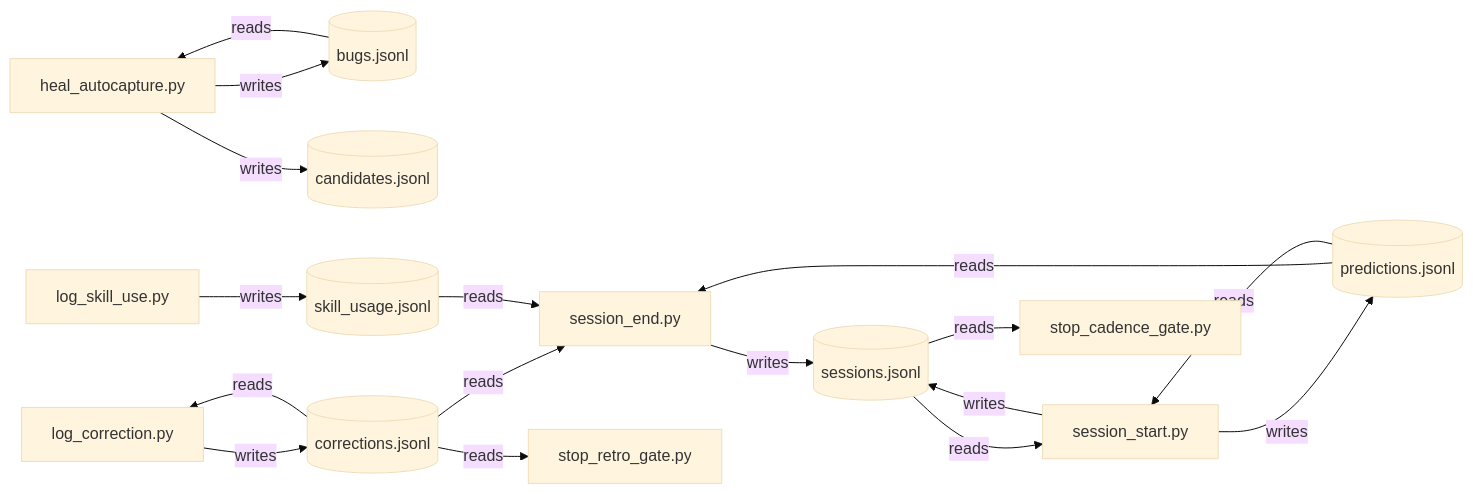
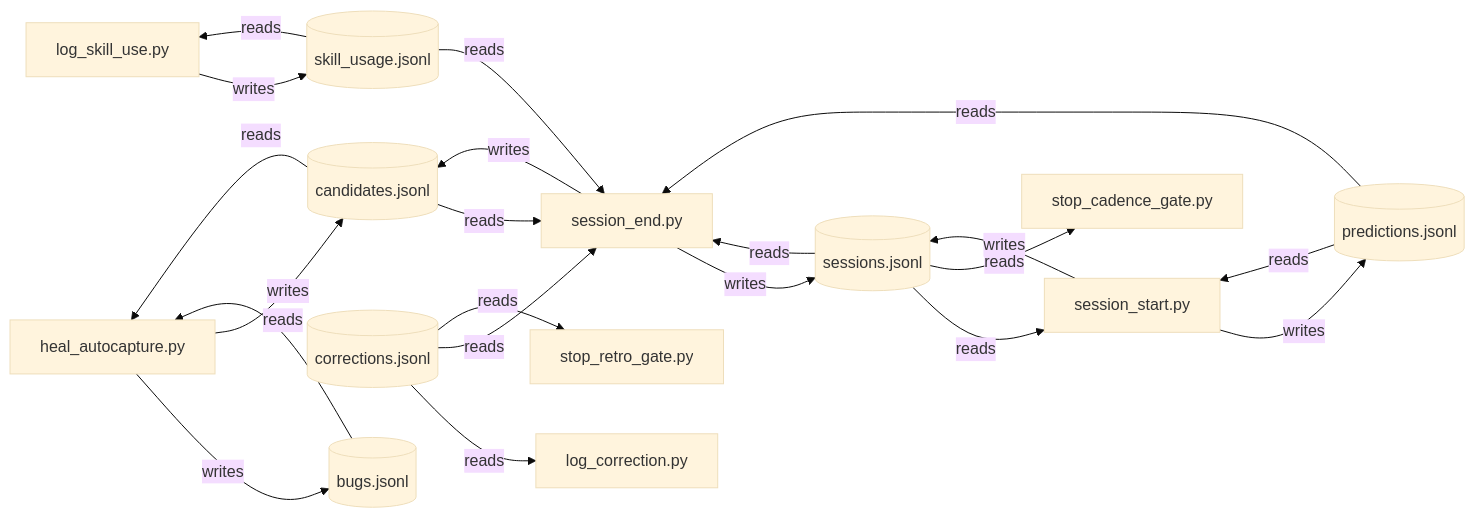
One commit to GhostlyGawd/recursive-harness changed the fourth of 4 diagrams in cartograph/ATLAS.md. Above: the diagram before and after it, drawn with Mermaid (base theme). The commit also changed other lines of this file and 120 other files, not shown here.

````diff
--- a/cartograph/ATLAS.md
+++ b/cartograph/ATLAS.md
@@ -169,32 +169,36 @@
 ```mermaid
 flowchart LR
   n_hook_heal_autocapture["heal_autocapture.py"]
   n_hook_log_correction["log_correction.py"]
   n_hook_log_skill_use["log_skill_use.py"]
   n_hook_session_end["session_end.py"]
   n_hook_session_start["session_start.py"]
   n_hook_stop_cadence_gate["stop_cadence_gate.py"]
   n_hook_stop_retro_gate["stop_retro_gate.py"]
   n_state_bugs[("bugs.jsonl")]
   n_state_candidates[("candidates.jsonl")]
   n_state_corrections[("corrections.jsonl")]
   n_state_predictions[("predictions.jsonl")]
   n_state_sessions[("sessions.jsonl")]
   n_state_skill_usage[("skill_usage.jsonl")]
   n_hook_heal_autocapture -->|"writes"| n_state_bugs
   n_state_bugs -->|"reads"| n_hook_heal_autocapture
   n_hook_heal_autocapture -->|"writes"| n_state_candidates
-  n_hook_log_correction -->|"writes"| n_state_corrections
+  n_hook_session_end -->|"writes"| n_state_candidates
+  n_state_candidates -->|"reads"| n_hook_heal_autocapture
+  n_state_candidates -->|"reads"| n_hook_session_end
   n_state_corrections -->|"reads"| n_hook_log_correction
   n_state_corrections -->|"reads"| n_hook_session_end
   n_state_corrections -->|"reads"| n_hook_stop_retro_gate
   n_hook_session_start -->|"writes"| n_state_predictions
   n_state_predictions -->|"reads"| n_hook_session_end
   n_state_predictions -->|"reads"| n_hook_session_start
   n_hook_session_end -->|"writes"| n_state_sessions
   n_hook_session_start -->|"writes"| n_state_sessions
+  n_state_sessions -->|"reads"| n_hook_session_end
   n_state_sessions -->|"reads"| n_hook_session_start
   n_state_sessions -->|"reads"| n_hook_stop_cadence_gate
   n_hook_log_skill_use -->|"writes"| n_state_skill_usage
+  n_state_skill_usage -->|"reads"| n_hook_log_skill_use
   n_state_skill_usage -->|"reads"| n_hook_session_end
 ```
````
